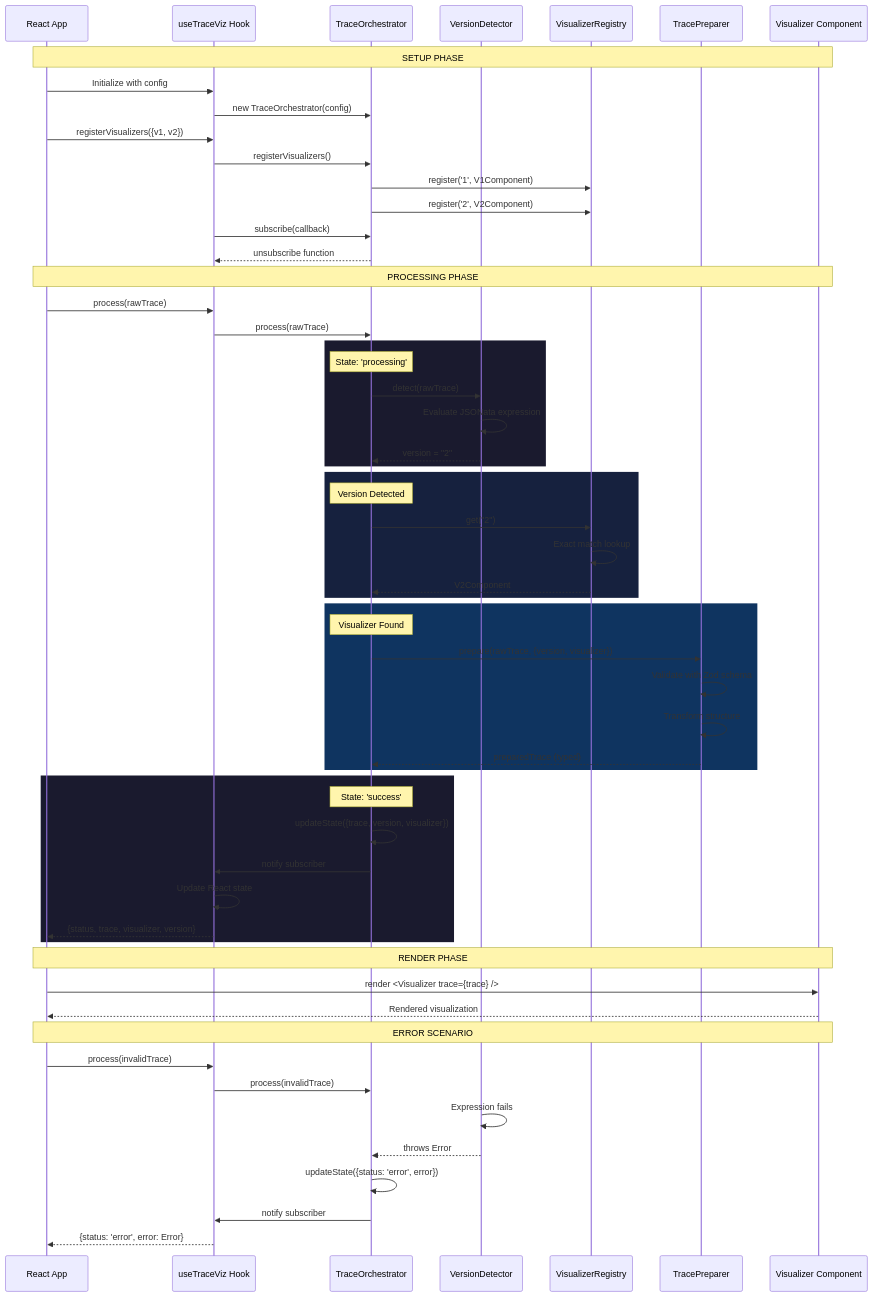
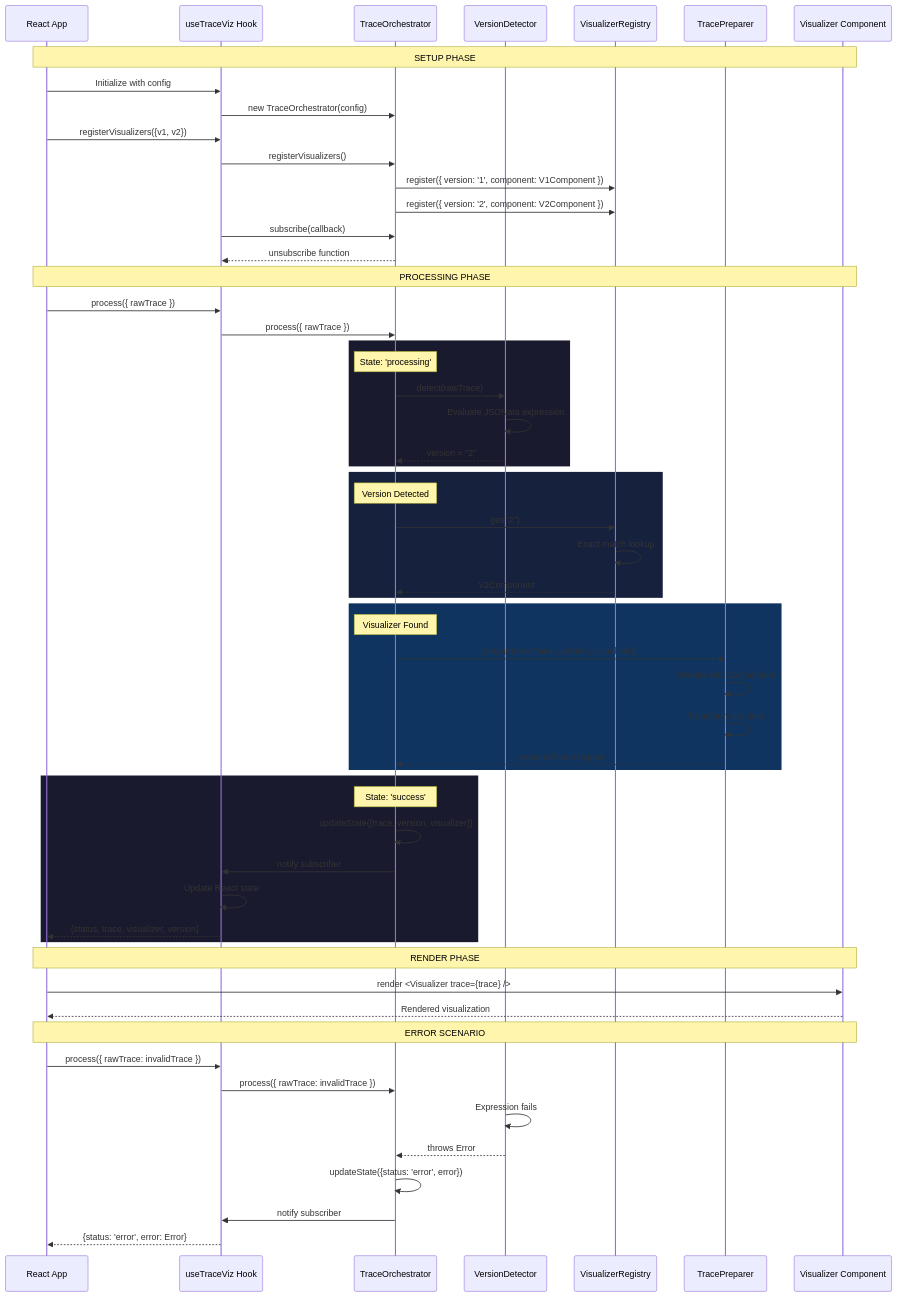
One commit to marmotize/trace-viz changed the third of 3 diagrams in README.md. Above: the diagram before and after it, drawn with Mermaid.

Commit message:
docs: update Mermaid diagrams to reflect new options-based API

````diff
--- a/README.md
+++ b/README.md
@@ -181,67 +181,67 @@
 ```mermaid
 sequenceDiagram
     participant App as React App
     participant Hook as useTraceViz Hook
     participant Orch as TraceOrchestrator
     participant VD as VersionDetector
     participant Reg as VisualizerRegistry
     participant Prep as TracePreparer
     participant Viz as Visualizer Component
 
     Note over App,Viz: SETUP PHASE
     App->>Hook: Initialize with config
     Hook->>Orch: new TraceOrchestrator(config)
     App->>Hook: registerVisualizers({v1, v2})
     Hook->>Orch: registerVisualizers()
-    Orch->>Reg: register('1', V1Component)
-    Orch->>Reg: register('2', V2Component)
+    Orch->>Reg: register({ version: '1', component: V1Component })
+    Orch->>Reg: register({ version: '2', component: V2Component })
     Hook->>Orch: subscribe(callback)
     Orch-->>Hook: unsubscribe function
 
     Note over App,Viz: PROCESSING PHASE
-    App->>Hook: process(rawTrace)
-    Hook->>Orch: process(rawTrace)
+    App->>Hook: process({ rawTrace })
+    Hook->>Orch: process({ rawTrace })
 
     rect rgb(26, 26, 46)
         Note over Orch: State: 'processing'
         Orch->>VD: detect(rawTrace)
         VD->>VD: Evaluate JSONata expression
         VD-->>Orch: version = "2"
     end
 
     rect rgb(22, 33, 62)
         Note over Orch: Version Detected
         Orch->>Reg: get("2")
         Reg->>Reg: Exact match lookup
         Reg-->>Orch: V2Component
     end
 
     rect rgb(15, 52, 96)
         Note over Orch: Visualizer Found
         Orch->>Prep: prepare(rawTrace, {version, visualizer})
         Prep->>Prep: Validate with Zod schema
         Prep->>Prep: Transform structure
         Prep-->>Orch: preparedTrace (typed)
     end
 
     rect rgb(26, 26, 46)
         Note over Orch: State: 'success'
         Orch->>Orch: updateState({trace, version, visualizer})
         Orch->>Hook: notify subscriber
         Hook->>Hook: Update React state
         Hook-->>App: {status, trace, visualizer, version}
     end
 
     Note over App,Viz: RENDER PHASE
     App->>Viz: render <Visualizer trace={trace} />
     Viz-->>App: Rendered visualization
 
     Note over App,Viz: ERROR SCENARIO
-    App->>Hook: process(invalidTrace)
-    Hook->>Orch: process(invalidTrace)
+    App->>Hook: process({ rawTrace: invalidTrace })
+    Hook->>Orch: process({ rawTrace: invalidTrace })
     VD->>VD: Expression fails
     VD-->>Orch: throws Error
     Orch->>Orch: updateState({status: 'error', error})
     Orch->>Hook: notify subscriber
     Hook-->>App: {status: 'error', error: Error}
 ```
````
